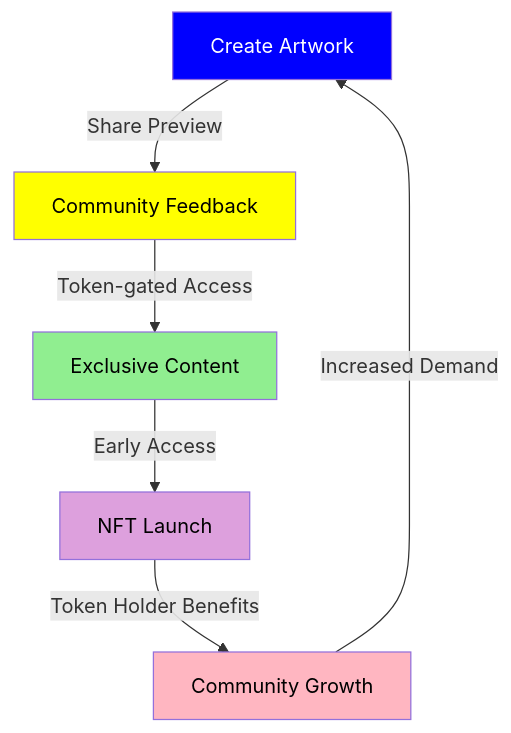
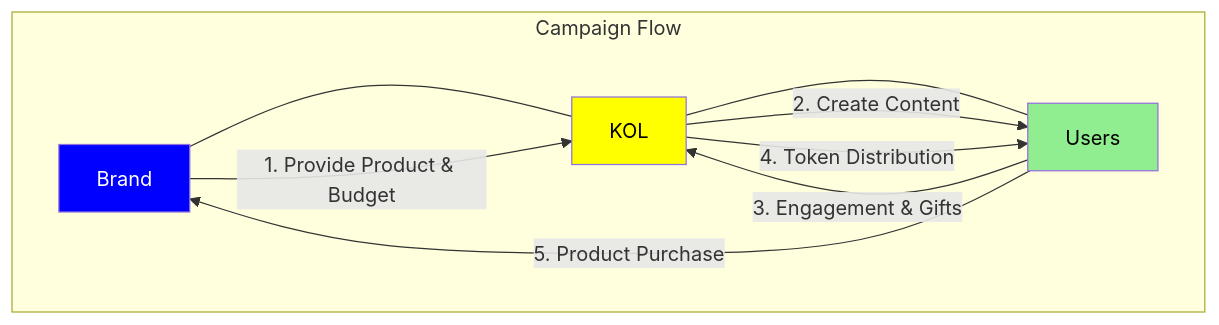
One commit to MEMEFANS/memefans changed the second of 7 diagrams in docs/whitepaper/use-cases.md. Above: the diagram before and after it, drawn with Mermaid. The commit also changed other lines of this file and 32 other files, not shown here.

````diff
--- a/docs/whitepaper/use-cases.md
+++ b/docs/whitepaper/use-cases.md
@@ -42,14 +39,16 @@
-<div class="mermaid">
-graph TD
-    A[Create Artwork] -->|Share Preview| B[Community Feedback]
-    B -->|Token-gated Access| C[Exclusive Content]
-    C -->|Early Access| D[NFT Launch]
-    D -->|Token Holder Benefits| E[Community Growth]
-    E -->|Increased Demand| A
+```mermaid
+graph TB
+    subgraph Campaign Flow
+    Brand --- KOL
+    KOL --- Users
+    Brand -->|1. Provide Product & Budget| KOL
+    KOL -->|2. Create Content| Users
+    Users -->|3. Engagement & Gifts| KOL
+    KOL -->|4. Token Distribution| Users
+    Users -->|5. Product Purchase| Brand
+    end
     
-    style A fill:#0000FF,color:#FFFFFF
-    style B fill:#FFFF00,color:#000000
-    style C fill:#90EE90,color:#000000
-    style D fill:#DDA0DD,color:#000000
-    style E fill:#FFB6C1,color:#000000
-</div>
+    style Brand fill:#0000FF,color:#FFFFFF
+    style KOL fill:#FFFF00,color:#000000
+    style Users fill:#90EE90,color:#000000
+```
````
